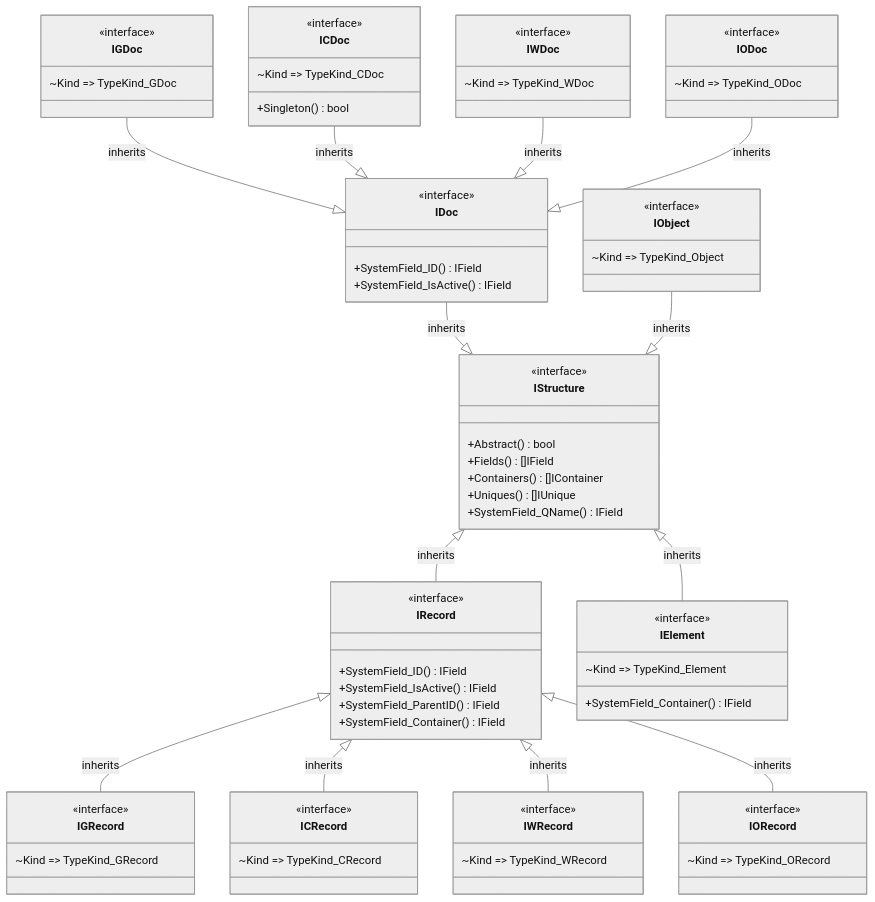
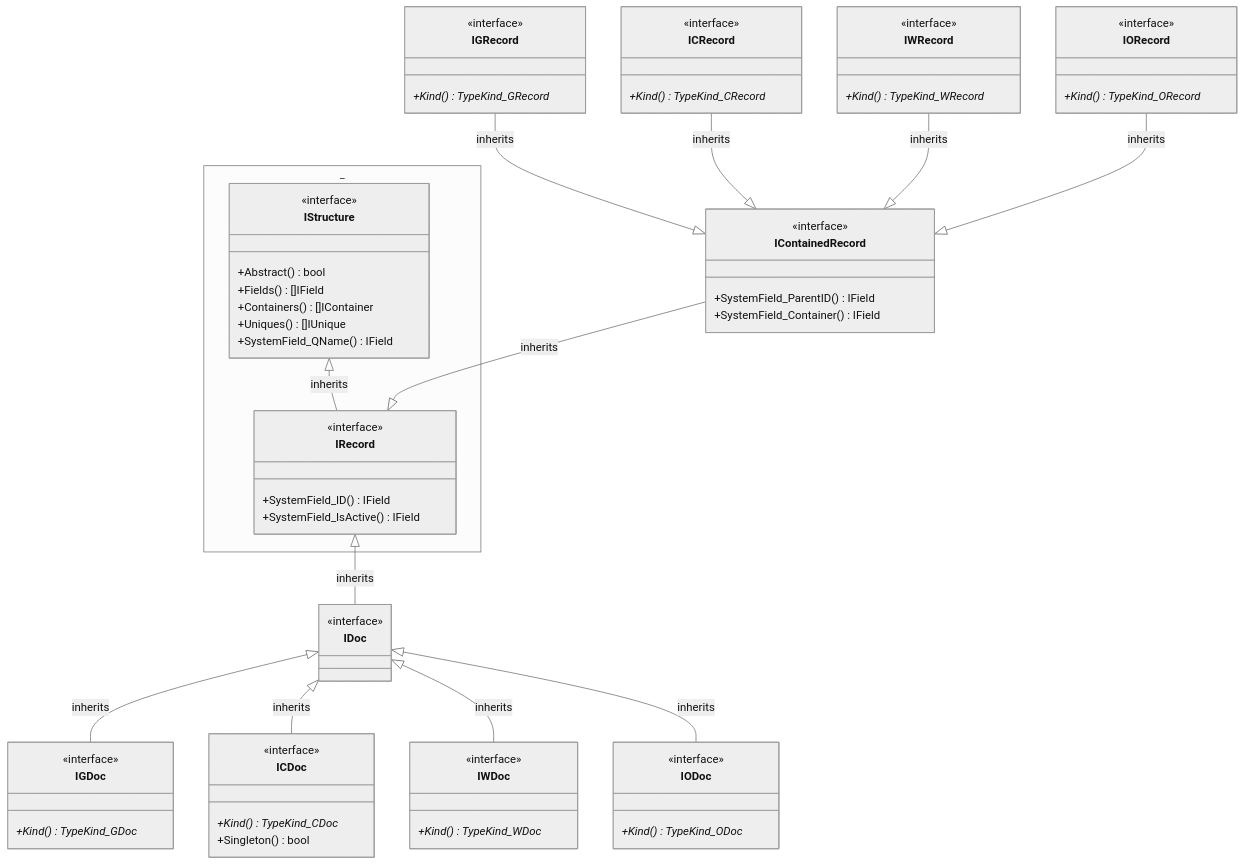
Before and after one commit to voedger/voedger: the third of 7 diagrams in pkg/appdef/README.md, drawn with Mermaid (neutral theme). The commit also changed other lines of this file and 32 other files, not shown here.

First line of the commit message:
#750 🧩 appdef: inherits IDoc and IContainedRecord from IRecord (#758)

````diff
--- a/pkg/appdef/README.md
+++ b/pkg/appdef/README.md
@@ -359,90 +362,83 @@
 ```mermaid
 classDiagram
+    direction BT
+    namespace _ {
+        class IStructure {
+            <<interface>>
+            +Abstract() bool
+            +Fields() []IField
+            +Containers() []IContainer
+            +Uniques() []IUnique
+            +SystemField_QName() IField
+        }
 
-    class IStructure {
-        <<interface>>
-        +Abstract() bool
-        +Fields() []IField
-        +Containers() []IContainer
-        +Uniques() []IUnique
-        +SystemField_QName() IField
+        class IRecord {
+            <<interface>>
+            +SystemField_ID() IField
+            +SystemField_IsActive() IField
+        }
     }
 
-    IDoc --|> IStructure : inherits
+    IRecord --|> IStructure : inherits
+
+    IDoc --|> IRecord : inherits
     class IDoc {
         <<interface>>
-        +SystemField_ID() IField
-        +SystemField_IsActive() IField
     }
 
     IGDoc --|> IDoc : inherits
     class IGDoc {
         <<interface>>
-        ~Kind => TypeKind_GDoc
+        +Kind()* TypeKind_GDoc
     }
 
     ICDoc --|> IDoc : inherits
     class ICDoc {
         <<interface>>
-        ~Kind => TypeKind_CDoc
+        +Kind()* TypeKind_CDoc
         +Singleton() bool
     }
 
     IWDoc --|> IDoc : inherits
     class IWDoc {
         <<interface>>
-        ~Kind => TypeKind_WDoc
+        +Kind()* TypeKind_WDoc
     }
                     
     IODoc --|> IDoc: inherits
     class IODoc {
         <<interface>>
-        ~Kind => TypeKind_ODoc
+        +Kind()* TypeKind_ODoc
     }
 
-    IStructure <|-- IRecord  : inherits
-    class IRecord {
+    IRecord <|-- IContainedRecord  : inherits
+    class IContainedRecord {
         <<interface>>
-        +SystemField_ID() IField
-        +SystemField_IsActive() IField
         +SystemField_ParentID() IField
         +SystemField_Container() IField
     }
 
-    IRecord <|-- IGRecord : inherits
+    IContainedRecord <|-- IGRecord : inherits
     class IGRecord {
         <<interface>>
-        ~Kind => TypeKind_GRecord
+        +Kind()* TypeKind_GRecord
     }
 
-    IRecord <|-- ICRecord : inherits
+    IContainedRecord <|-- ICRecord : inherits
     class ICRecord {
         <<interface>>
-        ~Kind => TypeKind_CRecord
+        +Kind()* TypeKind_CRecord
     }
 
-    IRecord <|-- IWRecord : inherits
+    IContainedRecord <|-- IWRecord : inherits
     class IWRecord {
         <<interface>>
-        ~Kind => TypeKind_WRecord
+        +Kind()* TypeKind_WRecord
     }
 
-    IRecord <|-- IORecord : inherits
+    IContainedRecord <|-- IORecord : inherits
     class IORecord {
         <<interface>>
-        ~Kind => TypeKind_ORecord
-    }
-
-    IObject --|> IStructure : inherits
-    class IObject {
-        <<interface>>
-        ~Kind => TypeKind_Object
-    }
-
-    IStructure <|-- IElement : inherits
-    class IElement {
-        <<interface>>
-        ~Kind => TypeKind_Element
-        +SystemField_Container() IField
+        +Kind()* TypeKind_ORecord
     }
 ```
````
